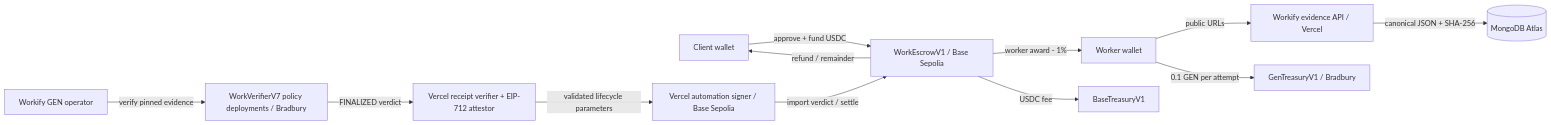
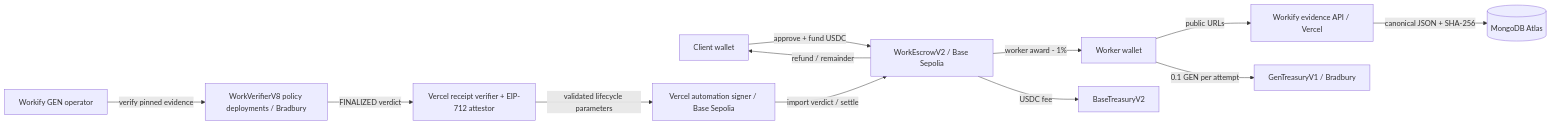
The first of 2 diagrams in README.md (TS-mfon/workify-protocol), drawn with Mermaid before and after one commit. The commit also changed other lines of this file and 35 other files, not shown here.

````diff
--- a/README.md
+++ b/README.md
@@ -34,14 +34,14 @@
 ```mermaid
 flowchart LR
-  C[Client wallet] -->|approve + fund USDC| E[WorkEscrowV1 / Base Sepolia]
+  C[Client wallet] -->|approve + fund USDC| E[WorkEscrowV2 / Base Sepolia]
   W[Worker wallet] -->|public URLs| A[Workify evidence API / Vercel]
   A -->|canonical JSON + SHA-256| M[(MongoDB Atlas)]
   W -->|0.1 GEN per attempt| T[GenTreasuryV1 / Bradbury]
-  O[Workify GEN operator] -->|verify pinned evidence| V[WorkVerifierV7 policy deployments / Bradbury]
+  O[Workify GEN operator] -->|verify pinned evidence| V[WorkVerifierV8 policy deployments / Bradbury]
   V -->|FINALIZED verdict| R[Vercel receipt verifier + EIP-712 attestor]
   R -->|validated lifecycle parameters| S[Vercel automation signer / Base Sepolia]
   S -->|import verdict / settle| E
   E -->|worker award - 1%| W
   E -->|refund / remainder| C
-  E -->|USDC fee| BT[BaseTreasuryV1]
+  E -->|USDC fee| BT[BaseTreasuryV2]
 ```
````
